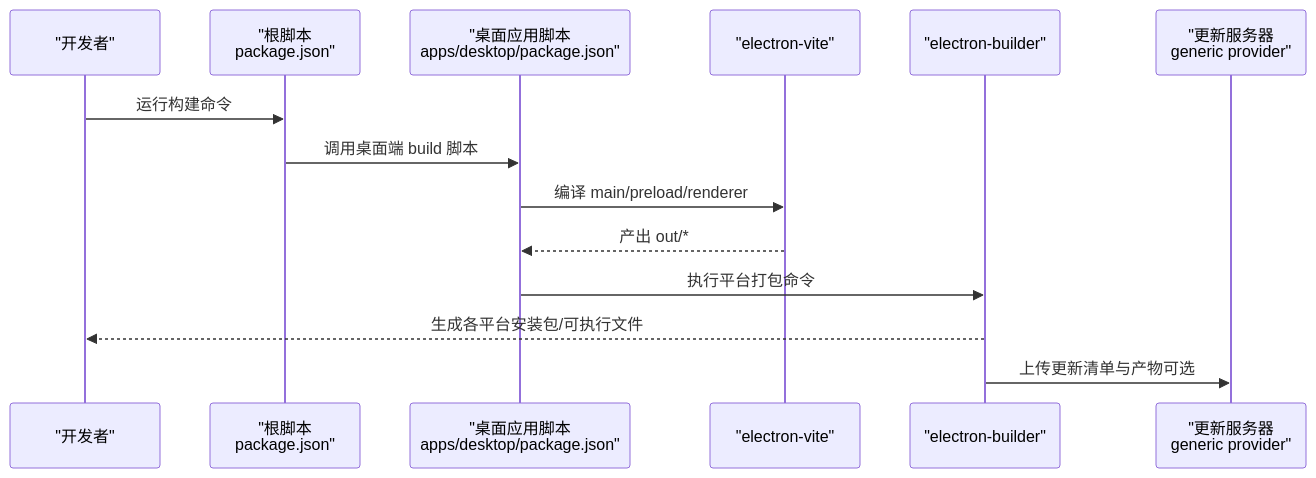
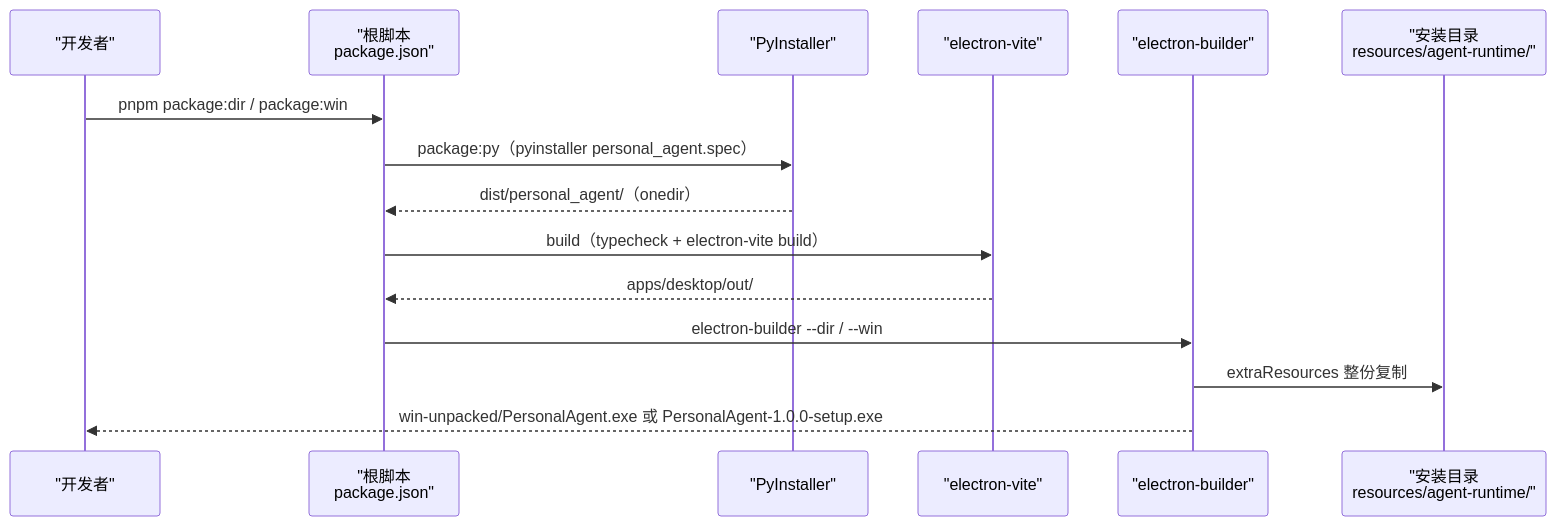
One commit to Azusa010/personal-agent changed the second of 5 diagrams in .repowiki/zh/content/部署发布.md. Above: the diagram before and after it, drawn with Mermaid. The commit also changed other lines of this file and 40 other files, not shown here.

````diff
--- a/.repowiki/zh/content/部署发布.md
+++ b/.repowiki/zh/content/部署发布.md
@@ -84,16 +86,17 @@
 ```mermaid
 sequenceDiagram
 participant Dev as "开发者"
 participant Root as "根脚本<br/>package.json"
-participant Desktop as "桌面应用脚本<br/>apps/desktop/package.json"
+participant PyI as "PyInstaller"
 participant EVite as "electron-vite"
 participant EB as "electron-builder"
-participant Store as "更新服务器<br/>generic provider"
-Dev->>Root : 运行构建命令
-Root->>Desktop : 调用桌面端 build 脚本
-Desktop->>EVite : 编译 main/preload/renderer
-EVite-->>Desktop : 产出 out/*
-Desktop->>EB : 执行平台打包命令
-EB-->>Dev : 生成各平台安装包/可执行文件
-EB->>Store : 上传更新清单与产物可选
+participant Out as "安装目录<br/>resources/agent-runtime/"
+Dev->>Root : pnpm package:dir / package:win
+Root->>PyI : package:py（pyinstaller personal_agent.spec）
+PyI-->>Root : dist/personal_agent/（onedir）
+Root->>EVite : build（typecheck + electron-vite build）
+EVite-->>Root : apps/desktop/out/
+Root->>EB : electron-builder --dir / --win
+EB->>Out : extraResources 整份复制
+EB-->>Dev : win-unpacked/PersonalAgent.exe 或 PersonalAgent-1.0.0-setup.exe
 ```
````
